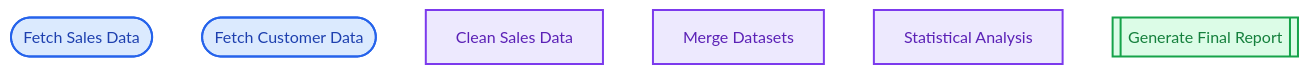
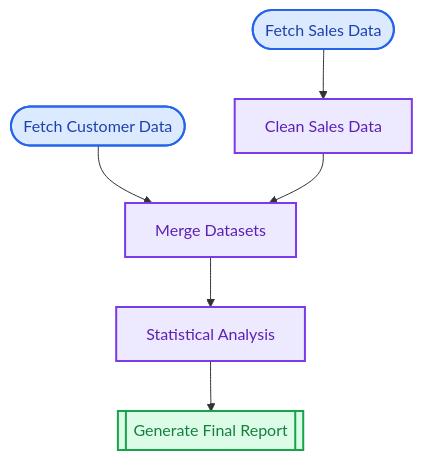
The fourth of 14 diagrams in README.md (pjt222/putior), drawn with Mermaid before and after one commit. The commit also changed other lines of this file and 4 other files, not shown here.

````diff
--- a/README.md
+++ b/README.md
@@ -211,20 +211,27 @@
 ```mermaid
 flowchart TD
     fetch_sales([Fetch Sales Data])
     fetch_customers([Fetch Customer Data])
     clean_sales[Clean Sales Data]
     merge_data[Merge Datasets]
     analyze[Statistical Analysis]
     report[[Generate Final Report]]
+
+    %% Connections
+    fetch_sales --> clean_sales
+    fetch_customers --> merge_data
+    clean_sales --> merge_data
+    merge_data --> analyze
+    analyze --> report
 
     %% Styling
     classDef inputStyle fill:#dbeafe,stroke:#2563eb,stroke-width:2px,color:#1e40af
     class fetch_sales inputStyle
     class fetch_customers inputStyle
     classDef processStyle fill:#ede9fe,stroke:#7c3aed,stroke-width:2px,color:#5b21b6
     class clean_sales processStyle
     class merge_data processStyle
     class analyze processStyle
     classDef outputStyle fill:#dcfce7,stroke:#16a34a,stroke-width:2px,color:#15803d
     class report outputStyle
 ```
````
